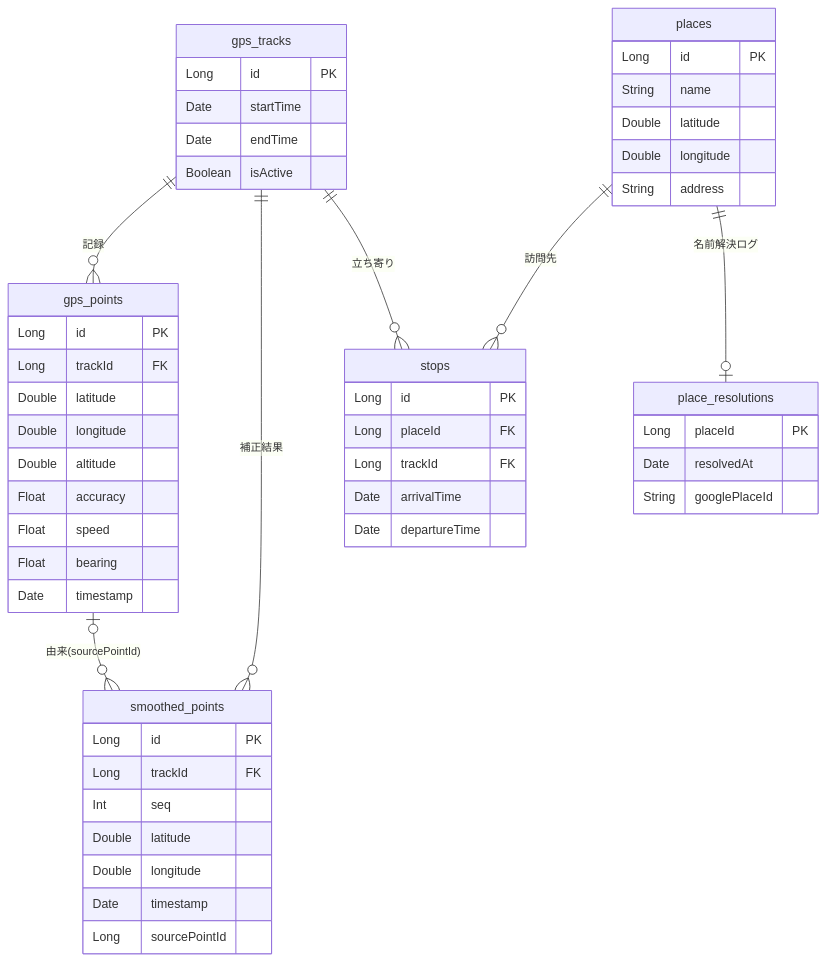
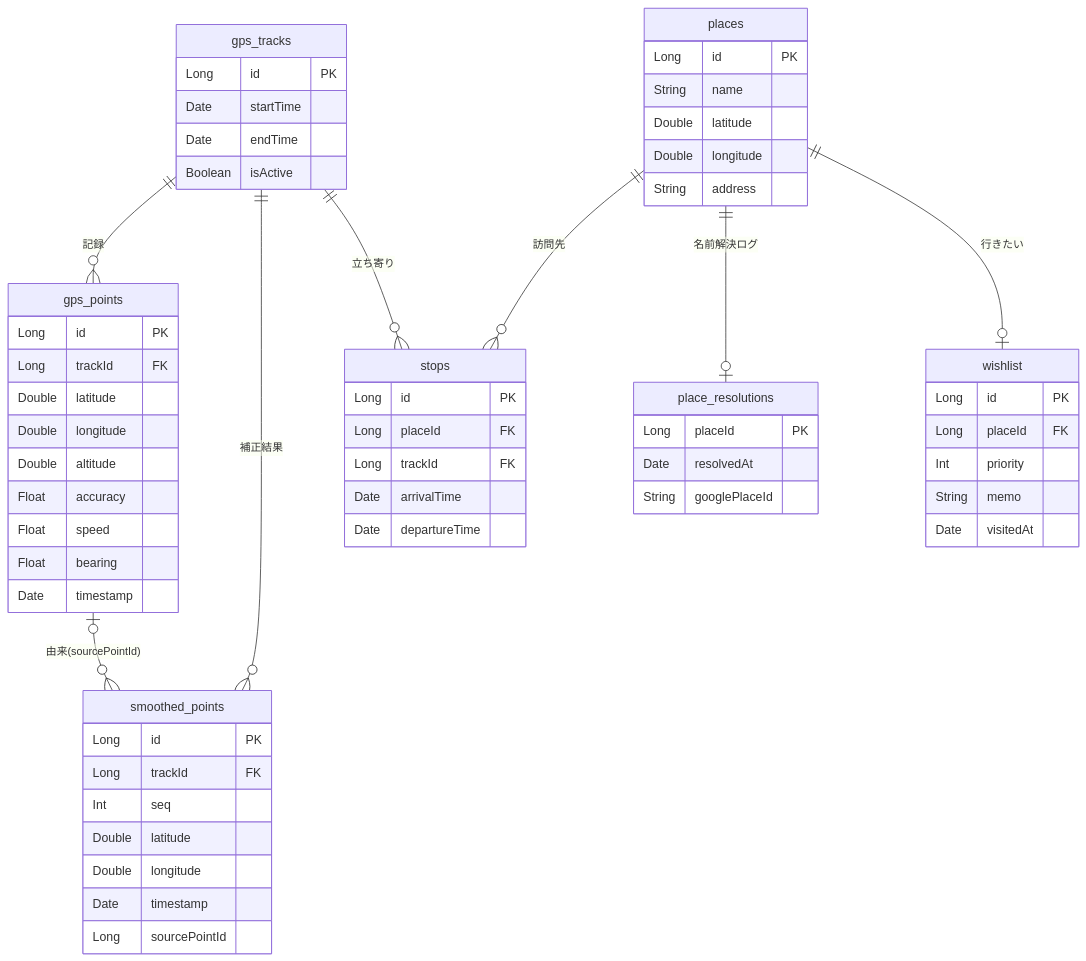
One commit to y-nosuke/pathly changed the diagram in docs/specs/model.md. Above: the diagram before and after it, drawn with Mermaid. The commit also changed other lines of this file and 4 other files, not shown here.

````diff
--- a/docs/specs/model.md
+++ b/docs/specs/model.md
@@ -21,55 +22,63 @@
 ```mermaid
 erDiagram
   gps_tracks ||--o{ gps_points : "記録"
   gps_tracks ||--o{ smoothed_points : "補正結果"
   gps_tracks ||--o{ stops : "立ち寄り"
   places ||--o{ stops : "訪問先"
   places ||--o| place_resolutions : "名前解決ログ"
+  places ||--o| wishlist : "行きたい"
   gps_points |o--o{ smoothed_points : "由来(sourcePointId)"
 
   gps_tracks {
     Long id PK
     Date startTime
     Date endTime
     Boolean isActive
   }
   gps_points {
     Long id PK
     Long trackId FK
     Double latitude
     Double longitude
     Double altitude
     Float accuracy
     Float speed
     Float bearing
     Date timestamp
   }
   smoothed_points {
     Long id PK
     Long trackId FK
     Int seq
     Double latitude
     Double longitude
     Date timestamp
     Long sourcePointId
   }
   places {
     Long id PK
     String name
     Double latitude
     Double longitude
     String address
   }
   stops {
     Long id PK
     Long placeId FK
     Long trackId FK
     Date arrivalTime
     Date departureTime
   }
   place_resolutions {
     Long placeId PK
     Date resolvedAt
     String googlePlaceId
   }
+  wishlist {
+    Long id PK
+    Long placeId FK
+    Int priority
+    String memo
+    Date visitedAt
+  }
 ```
````
